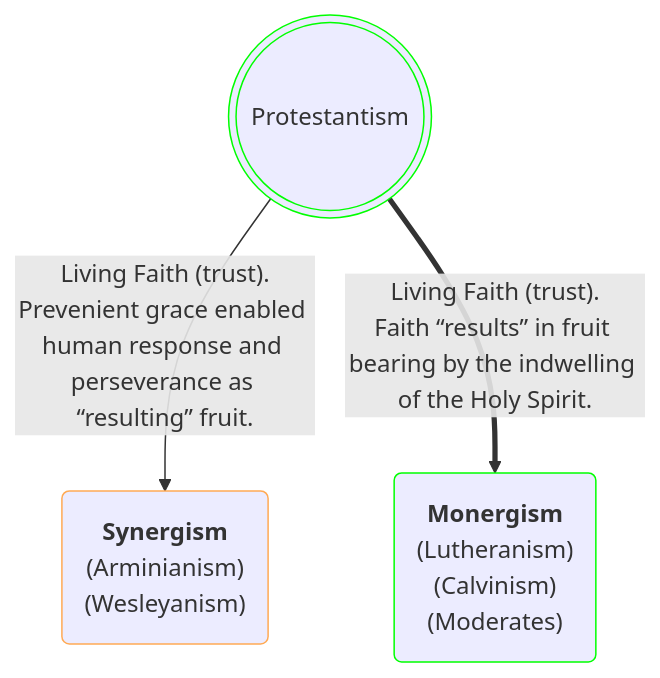
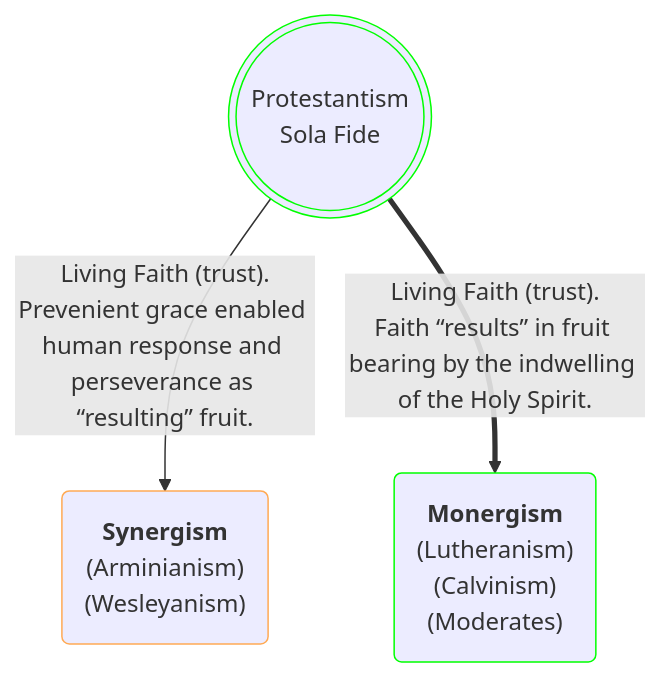
The second of 2 diagrams in _posts/2025-08-03-historic-protestant-position.markdown (OrdoLuminis/ordoluminis.github.io), drawn with Mermaid before and after one commit. The commit also changed other lines of this file, not shown here.

````diff
--- a/_posts/2025-08-03-historic-protestant-position.markdown
+++ b/_posts/2025-08-03-historic-protestant-position.markdown
@@ -100,8 +100,8 @@
 ```mermaid
 flowchart TD
-    A(((Protestantism))):::green
+    A(((Protestantism<br>Sola Fide))):::green
     A -->|Living Faith &lpar;trust&rpar;.<br>Prevenient grace enabled human response and perseverance as &ldquo;resulting&rdquo; fruit.| H(<strong>Synergism</strong><br>&lpar;Arminianism&rpar;<br>&lpar;Wesleyanism&rpar;):::orange
     A ==>|Living Faith &lpar;trust&rpar;.<br>Faith &ldquo;results&rdquo; in fruit bearing by the indwelling of the Holy Spirit.| I(<strong>Monergism</strong><br>&lpar;Lutheranism&rpar;<br>&lpar;Calvinism&rpar;<br>&lpar;Moderates&rpar;):::green
     classDef green stroke:#0f0
     classDef orange stroke:#fa5
 ```
````
